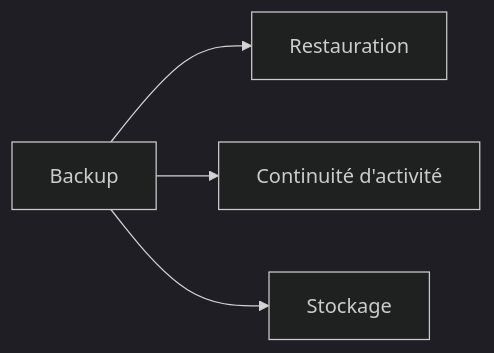
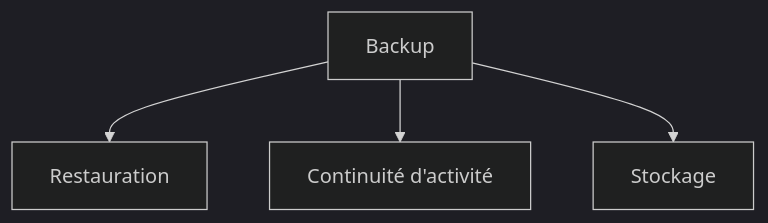
Before and after one commit to zyrass/omnydocs: the fifth of 44 diagrams in docs/glossaire/administration-systeme.md, drawn with Mermaid (dark theme). The commit also changed other lines of this file and 1780 other files, not shown here.

````diff
--- a/docs/glossaire/administration-systeme.md
+++ b/docs/glossaire/administration-systeme.md
@@ -104,6 +126,6 @@
-    ```mermaid
-    graph LR
-        A[Backup] --> B[Restauration]
-        A --> C[Continuité d'activité]
-        A --> D[Stockage]
-    ```
+```mermaid
+graph TB
+    A[Backup] --> B[Restauration]
+    A --> C[Continuité d'activité]
+    A --> D[Stockage]
+```
````
